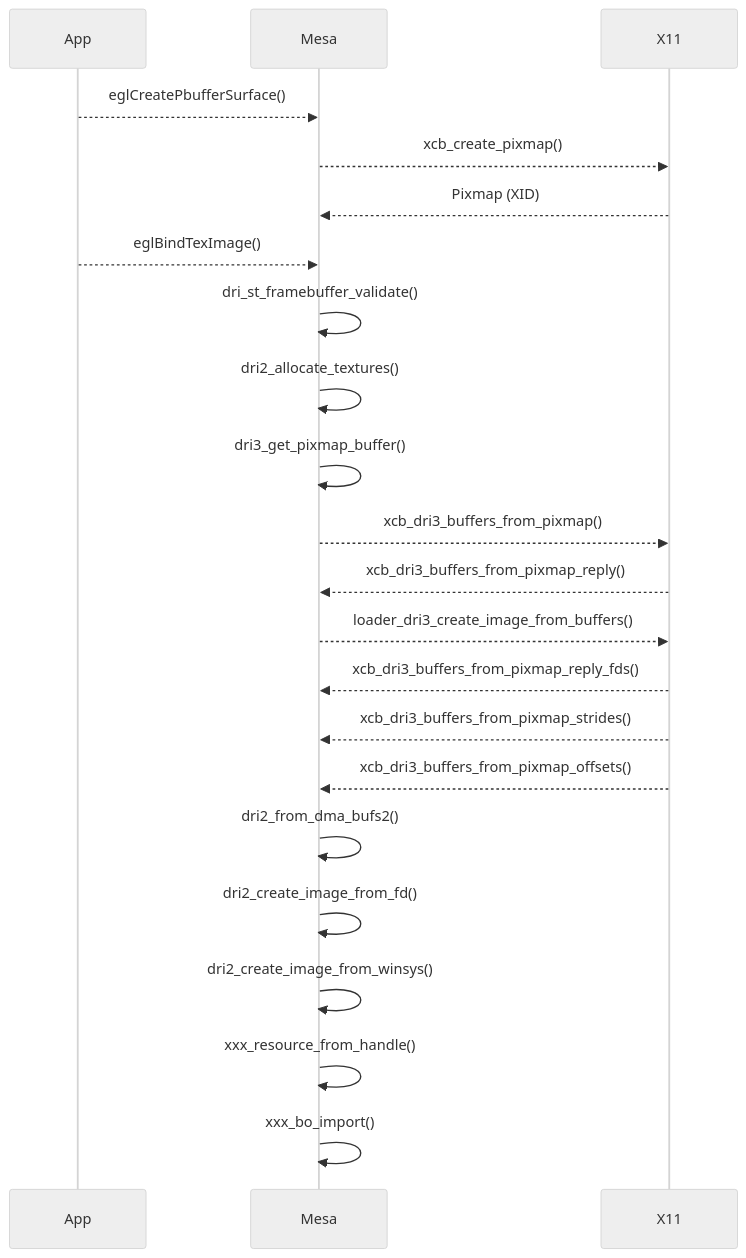
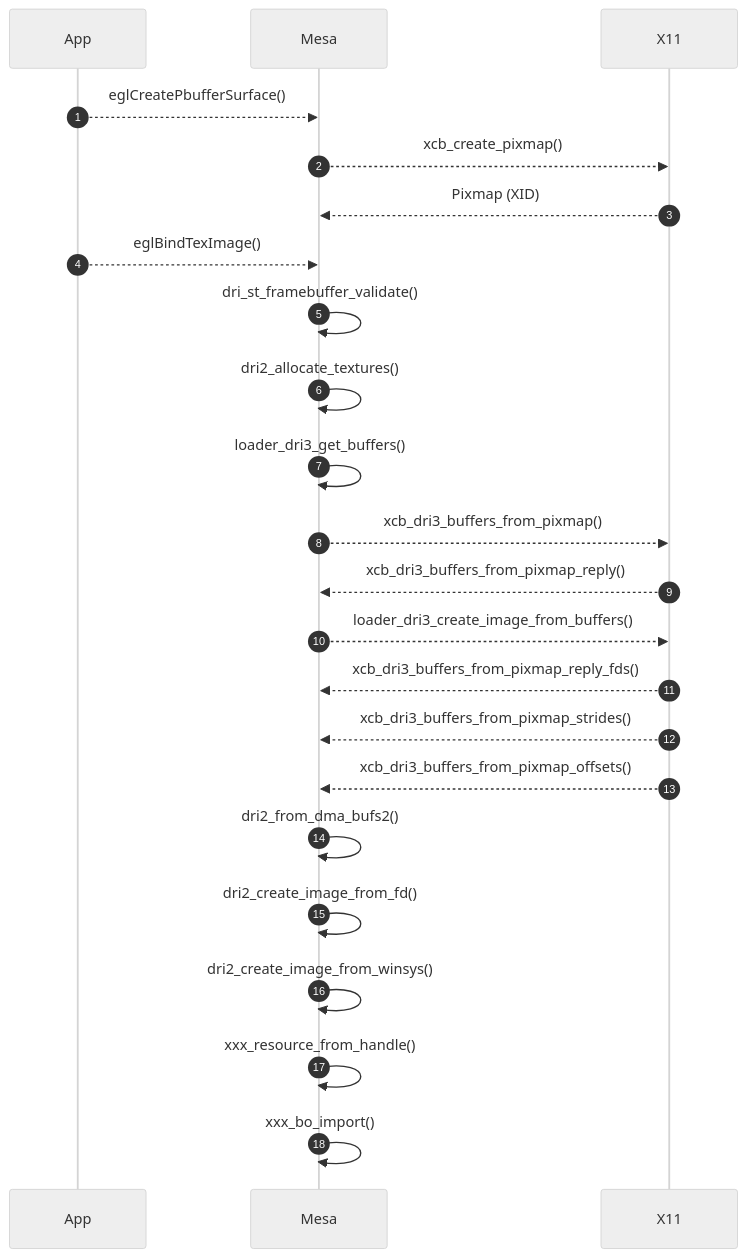
The diagram in source/_posts/gfx/dri.md (lucmann/lucmann.github.io), drawn with Mermaid (neutral theme) before and after one commit.

Commit message:
gfx: dri3_alloc_render_buffer

````diff
--- a/source/_posts/gfx/dri.md
+++ b/source/_posts/gfx/dri.md
@@ -30,25 +30,26 @@
 ```mermaid
 sequenceDiagram
+    autonumber
     participant App
     participant Mesa
     participant X11
 
     App-->>Mesa: eglCreatePbufferSurface()
     Mesa-->>X11: xcb_create_pixmap()
     X11-->>Mesa: Pixmap (XID)
     App-->>Mesa: eglBindTexImage()
     Mesa->>Mesa: dri_st_framebuffer_validate()
     Mesa->>Mesa: dri2_allocate_textures()
-    Mesa->>Mesa: dri3_get_pixmap_buffer()
+    Mesa->>Mesa: loader_dri3_get_buffers()
     Mesa-->>X11: xcb_dri3_buffers_from_pixmap()
     X11-->>Mesa: xcb_dri3_buffers_from_pixmap_reply()
     Mesa-->>X11: loader_dri3_create_image_from_buffers()
     X11-->>Mesa: xcb_dri3_buffers_from_pixmap_reply_fds()
     X11-->>Mesa: xcb_dri3_buffers_from_pixmap_strides()
     X11-->>Mesa: xcb_dri3_buffers_from_pixmap_offsets()
     Mesa->>Mesa: dri2_from_dma_bufs2()
     Mesa->>Mesa: dri2_create_image_from_fd()
     Mesa->>Mesa: dri2_create_image_from_winsys()
     Mesa->>Mesa: xxx_resource_from_handle()
     Mesa->>Mesa: xxx_bo_import()
 ```
````
